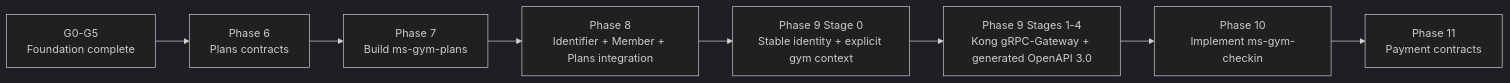
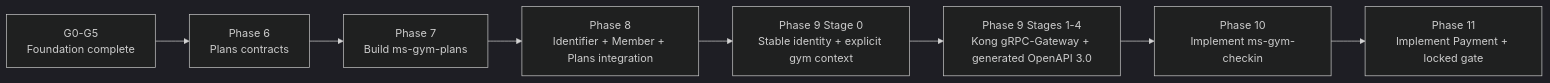
Before and after one commit to pploc/gym-architect: the first of 2 diagrams in PLAN.md, drawn with Mermaid (dark theme). The commit also changed other lines of this file and 11 other files, not shown here.

````diff
--- a/PLAN.md
+++ b/PLAN.md
@@ -33,10 +33,10 @@
 ```mermaid
 flowchart LR
     F[G0-G5<br/>Foundation complete] --> C[Phase 6<br/>Plans contracts]
     C --> P[Phase 7<br/>Build ms-gym-plans]
     P --> I[Phase 8<br/>Identifier + Member + Plans integration]
     I --> S[Phase 9 Stage 0<br/>Stable identity + explicit gym context]
     S --> G[Phase 9 Stages 1-4<br/>Kong gRPC-Gateway + generated OpenAPI 3.0]
     G --> K[Phase 10<br/>Implement ms-gym-checkin]
-    K --> Q[Phase 11<br/>Payment contracts]
+    K --> Q[Phase 11<br/>Implement Payment + locked gate]
 ```
````
